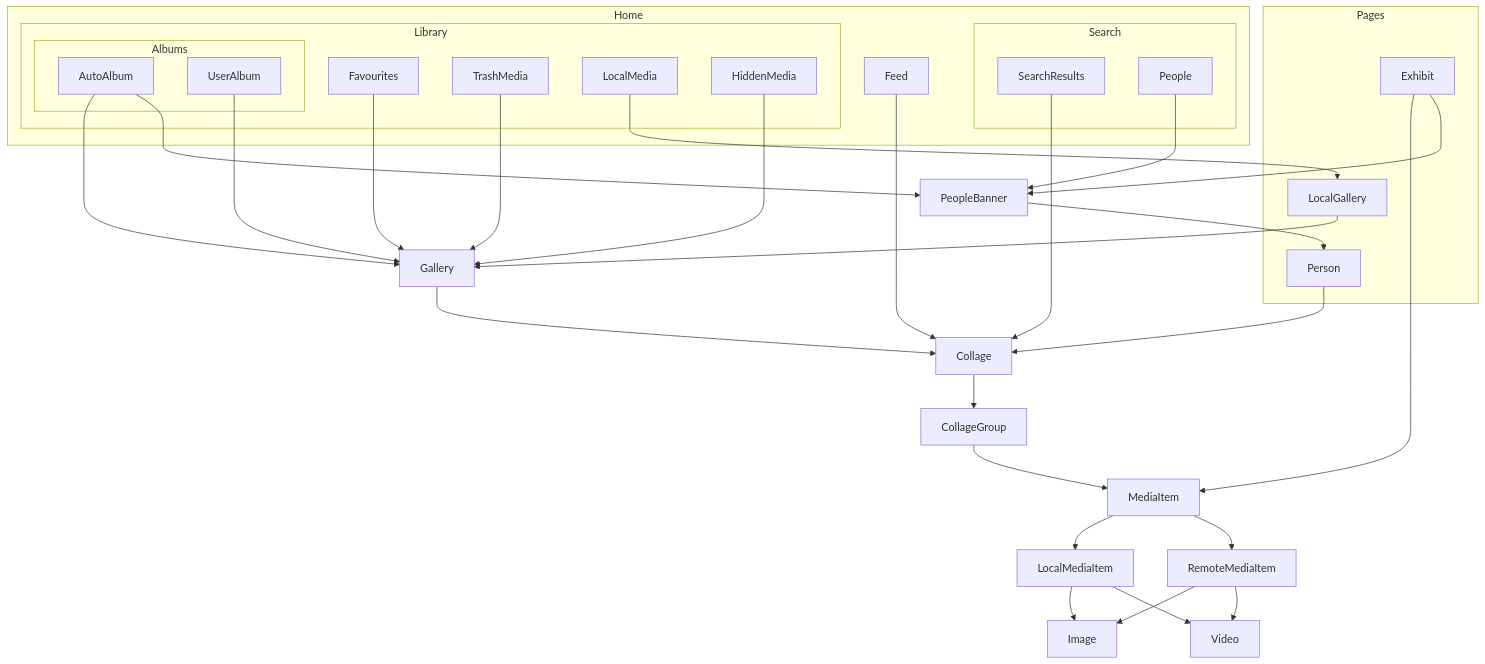
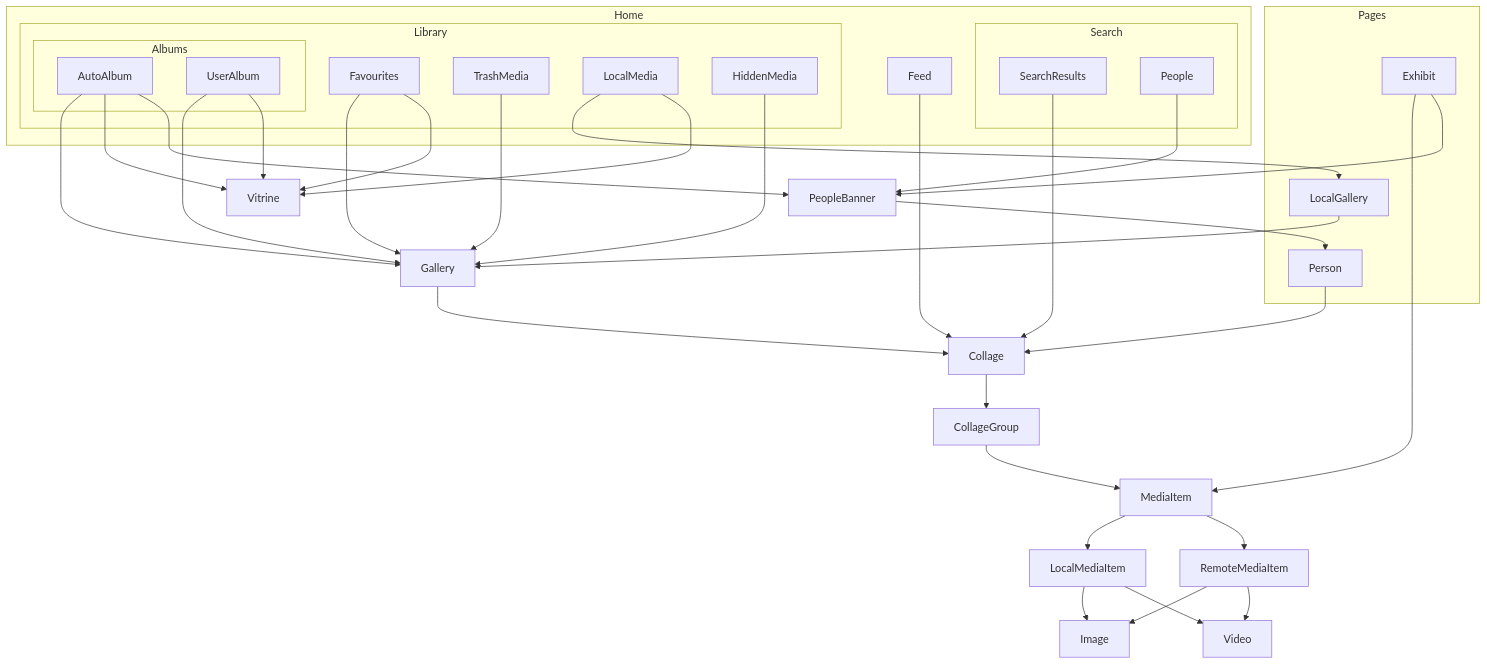
One commit to savvasdalkitsis/uhuruphotos-android changed the diagram in domain-model.md. Above: the diagram before and after it, drawn with Mermaid.

Commit message:
Adding Vitrine to domain-model.md

````diff
--- a/domain-model.md
+++ b/domain-model.md
@@ -5,58 +5,62 @@
 ```mermaid 
 graph TD;
 
     Gallery-->Collage
     Collage-->CollageGroup
     CollageGroup-->MediaItem
     Exhibit-->MediaItem
     MediaItem-->LocalMediaItem
     MediaItem-->RemoteMediaItem
     LocalMediaItem-->Image
     LocalMediaItem-->Video
     RemoteMediaItem-->Image
     RemoteMediaItem-->Video
     AutoAlbum-->Gallery
     UserAlbum-->Gallery
+    AutoAlbum-->Vitrine
+    UserAlbum-->Vitrine
     Favourites-->Gallery
+    Favourites-->Vitrine
     TrashMedia-->Gallery
     LocalMedia-->LocalGallery
+    LocalMedia-->Vitrine
     LocalGallery-->Gallery
     HiddenMedia-->Gallery
     Person-->Collage
     SearchResults-->Collage
     Feed-->Collage
     People-->PeopleBanner
     PeopleBanner-->Person
     Exhibit-->PeopleBanner
     AutoAlbum-->PeopleBanner
 
     subgraph Pages
         Person
         LocalGallery
         Exhibit
     end
 
     subgraph Search
         SearchResults
         People
     end
 
     subgraph Albums
         AutoAlbum
         UserAlbum
     end
 
     subgraph Library
         TrashMedia
         HiddenMedia
         Albums
         Favourites
         LocalMedia
     end
 
     subgraph Home
         Feed
         Search
         Library
     end
 ```
````
